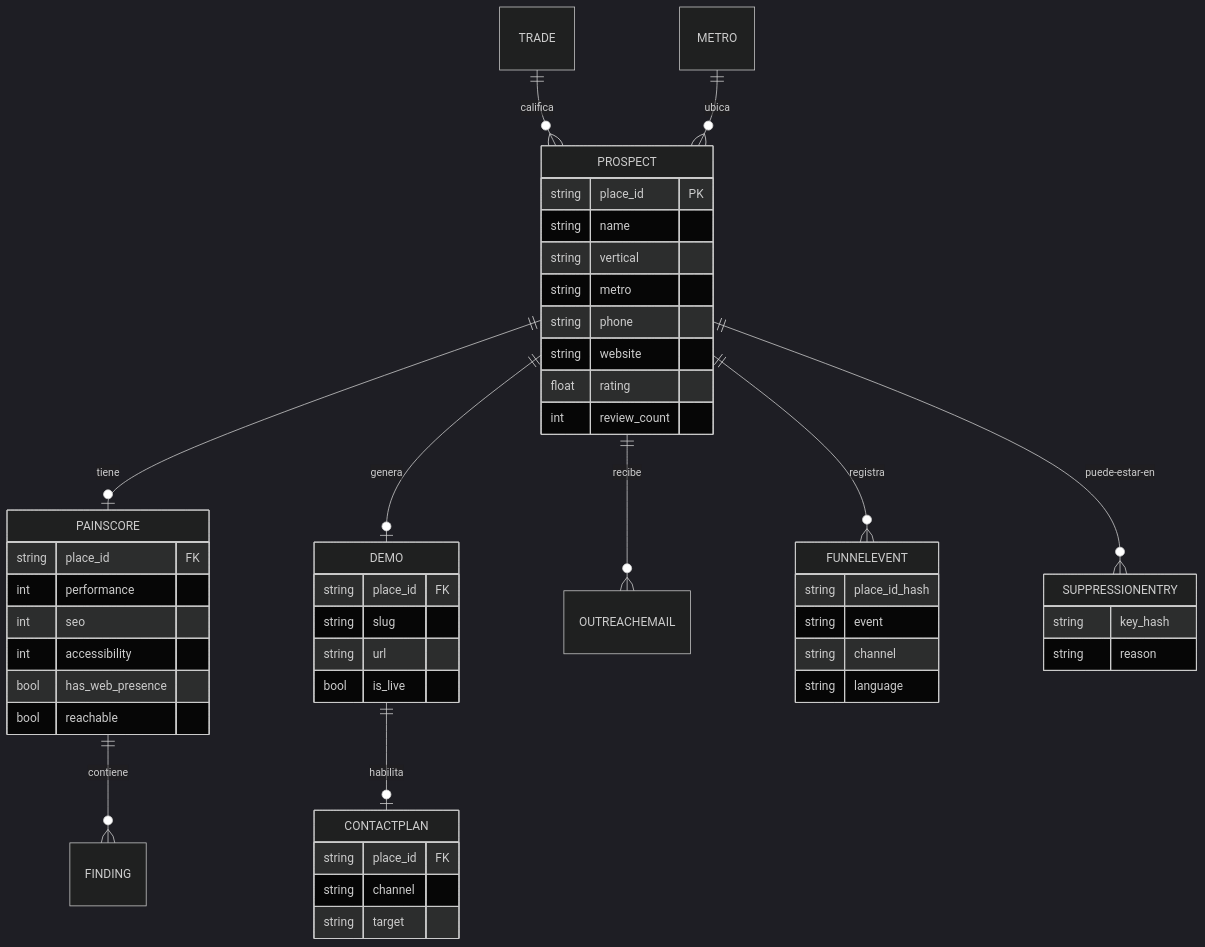
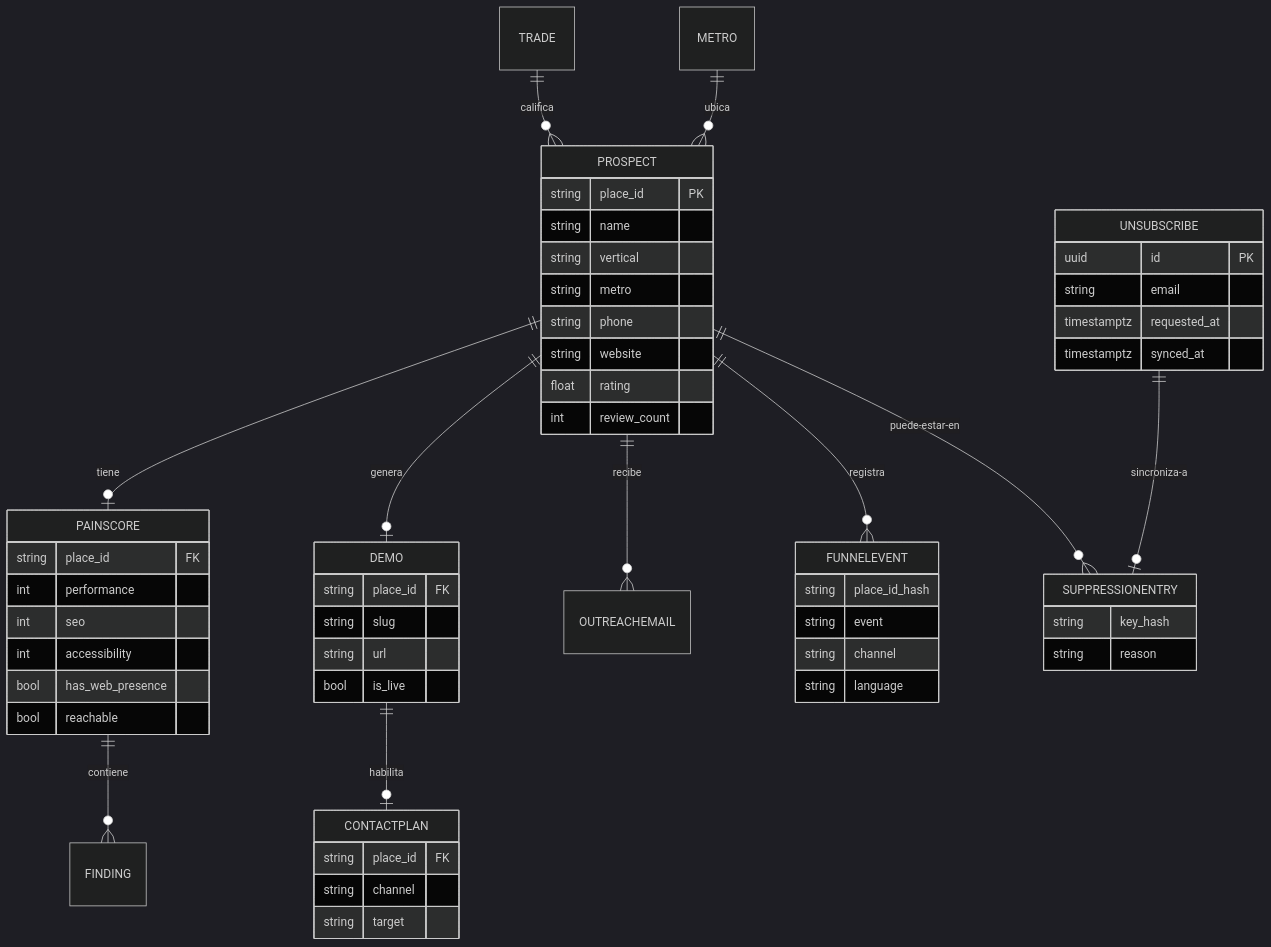
The second of 3 diagrams in docs/PROCESOS.md (juancruzeiriz/tech-services-arg), drawn with Mermaid (dark theme) before and after one commit. The commit also changed other lines of this file and 1 other file, not shown here.

````diff
--- a/docs/PROCESOS.md
+++ b/docs/PROCESOS.md
@@ -81,52 +81,59 @@
 ```mermaid
 erDiagram
     TRADE ||--o{ PROSPECT : califica
     METRO ||--o{ PROSPECT : ubica
     PROSPECT ||--o| PAINSCORE : tiene
     PAINSCORE ||--o{ FINDING : contiene
     PROSPECT ||--o| DEMO : genera
     DEMO ||--o| CONTACTPLAN : habilita
     PROSPECT ||--o{ OUTREACHEMAIL : recibe
     PROSPECT ||--o{ FUNNELEVENT : registra
     PROSPECT ||--o{ SUPPRESSIONENTRY : puede-estar-en
+    UNSUBSCRIBE ||--o| SUPPRESSIONENTRY : sincroniza-a
 
     PROSPECT {
         string place_id PK
         string name
         string vertical
         string metro
         string phone
         string website
         float rating
         int review_count
     }
     PAINSCORE {
         string place_id FK
         int performance
         int seo
         int accessibility
         bool has_web_presence
         bool reachable
     }
     DEMO {
         string place_id FK
         string slug
         string url
         bool is_live
     }
     CONTACTPLAN {
         string place_id FK
         string channel
         string target
     }
     FUNNELEVENT {
         string place_id_hash
         string event
         string channel
         string language
     }
     SUPPRESSIONENTRY {
         string key_hash
         string reason
     }
+    UNSUBSCRIBE {
+        uuid id PK
+        string email
+        timestamptz requested_at
+        timestamptz synced_at
+    }
 ```
````
